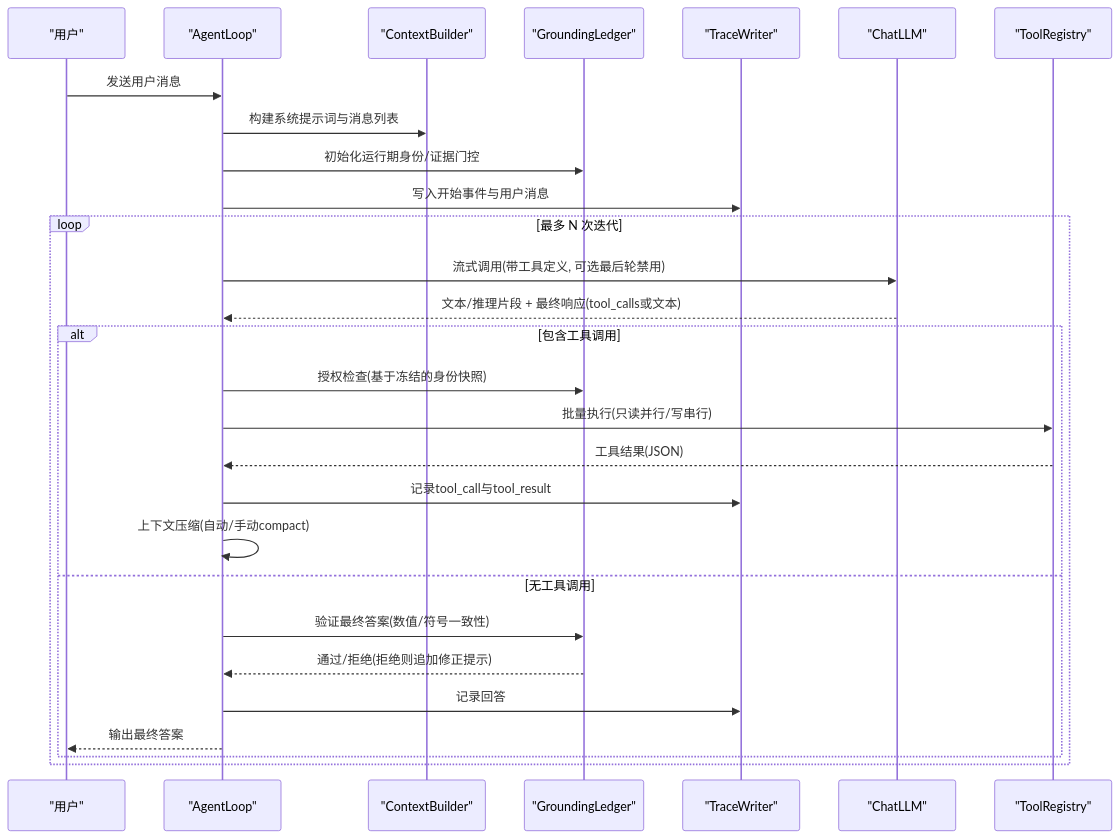
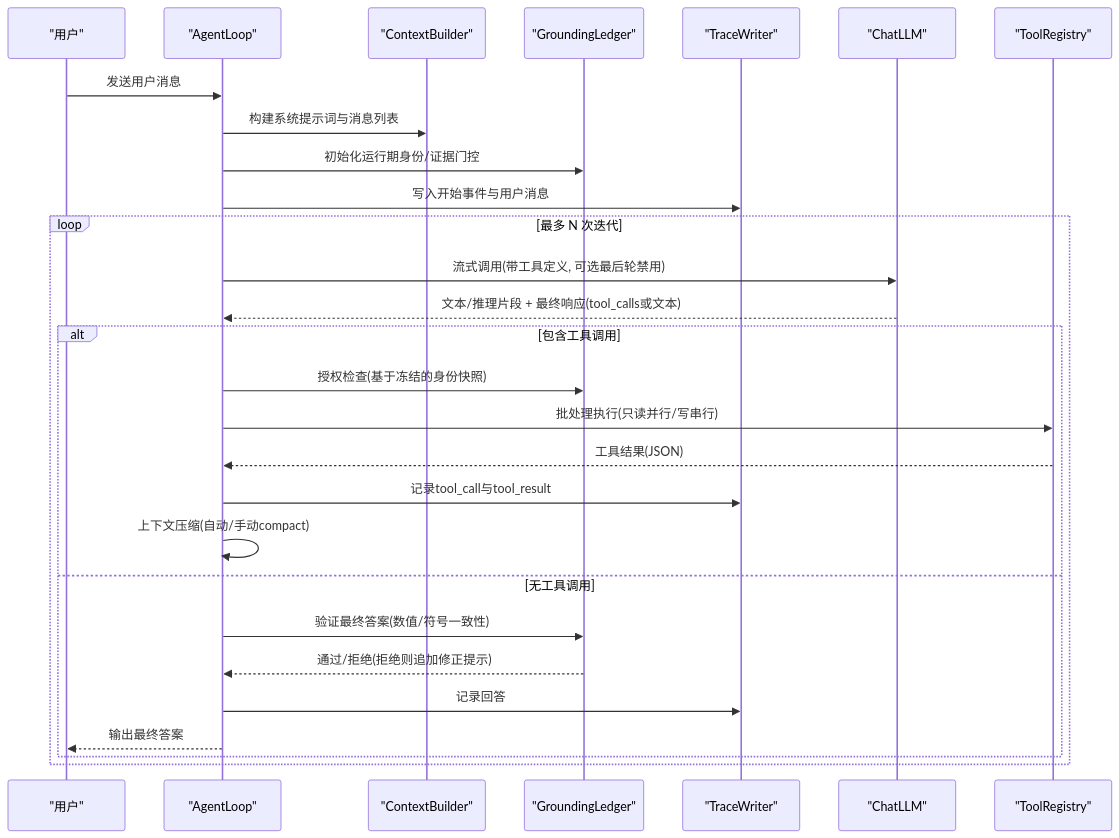
One commit to 20012002er/Vibe-Trading changed the second of 9 diagrams in .qoder/repowiki/zh/content/项目概述/核心功能特性/AI代理系统/Agent核心循环.md. Above: the diagram before and after it, drawn with Mermaid. The commit also changed other lines of this file and 91 other files, not shown here.

````diff
--- a/.qoder/repowiki/zh/content/项目概述/核心功能特性/AI代理系统/Agent核心循环.md
+++ b/.qoder/repowiki/zh/content/项目概述/核心功能特性/AI代理系统/Agent核心循环.md
@@ -99,30 +106,30 @@
 ```mermaid
 sequenceDiagram
 participant U as "用户"
 participant AL as "AgentLoop"
 participant CB as "ContextBuilder"
 participant GL as "GroundingLedger"
 participant TR as "TraceWriter"
 participant CL as "ChatLLM"
 participant REG as "ToolRegistry"
 U->>AL : 发送用户消息
 AL->>CB : 构建系统提示词与消息列表
 AL->>GL : 初始化运行期身份/证据门控
 AL->>TR : 写入开始事件与用户消息
 loop 最多 N 次迭代
 AL->>CL : 流式调用(带工具定义, 可选最后轮禁用)
 CL-->>AL : 文本/推理片段 + 最终响应(tool_calls或文本)
 alt 包含工具调用
 AL->>GL : 授权检查(基于冻结的身份快照)
-AL->>REG : 批量执行(只读并行/写串行)
+AL->>REG : 批处理执行(只读并行/写串行)
 REG-->>AL : 工具结果(JSON)
 AL->>TR : 记录tool_call与tool_result
 AL->>AL : 上下文压缩(自动/手动compact)
 else 无工具调用
 AL->>GL : 验证最终答案(数值/符号一致性)
 GL-->>AL : 通过/拒绝(拒绝则追加修正提示)
 AL->>TR : 记录回答
 AL-->>U : 输出最终答案
 end
 end
 ```
````
